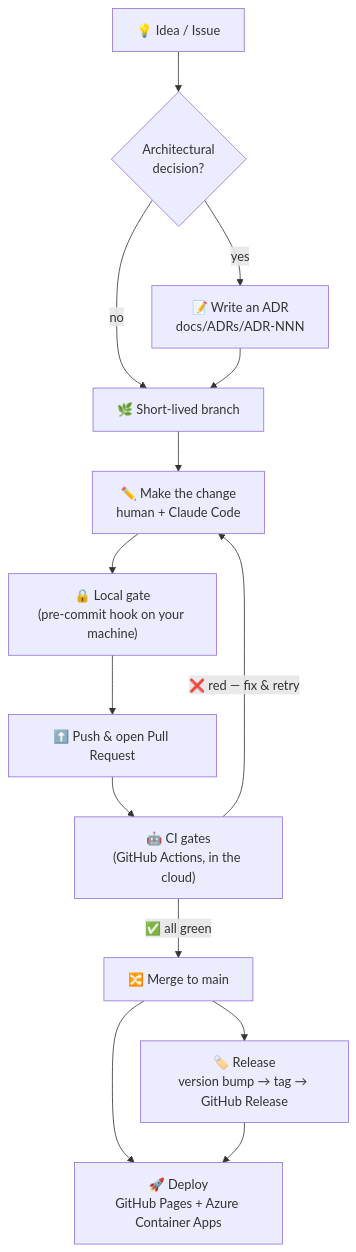
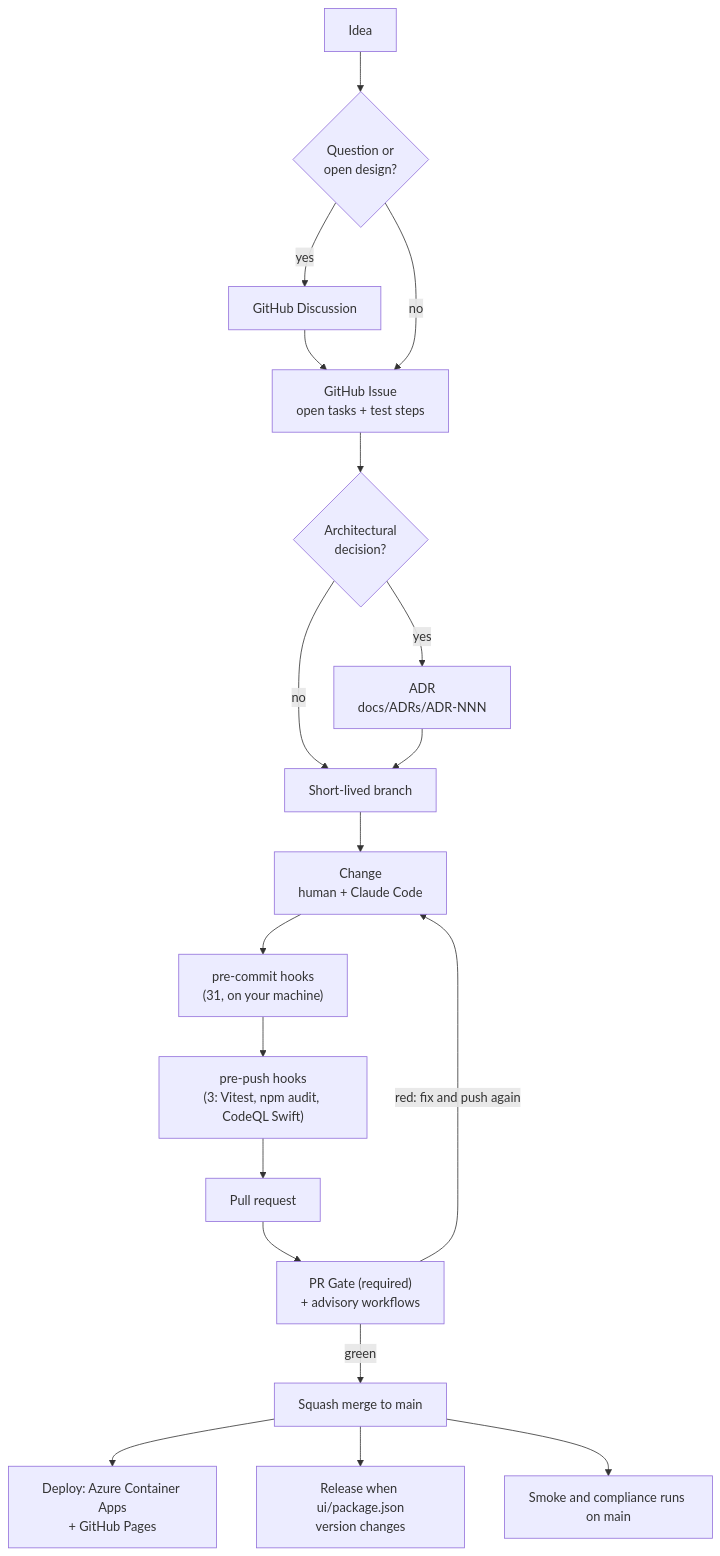
Before and after one commit to ma3u/MinimumViableHealthDataspacev2: the diagram in docs/SDLC.md, drawn with Mermaid. The commit also changed other lines of this file and 18 other files, not shown here.

````diff
--- a/docs/SDLC.md
+++ b/docs/SDLC.md
@@ -101,16 +65,21 @@
 ```mermaid
 flowchart TD
-    A["💡 Idea / Issue"] --> B{"Architectural<br/>decision?"}
-    B -- yes --> C["📝 Write an ADR<br/>docs/ADRs/ADR-NNN"]
-    B -- no --> D["🌿 Short-lived branch"]
+    A["Idea"] --> Q{"Question or<br/>open design?"}
+    Q -- yes --> DI["GitHub Discussion"]
+    DI --> I
+    Q -- no --> I["GitHub Issue<br/>open tasks + test steps"]
+    I --> B{"Architectural<br/>decision?"}
+    B -- yes --> C["ADR<br/>docs/ADRs/ADR-NNN"]
+    B -- no --> D["Short-lived branch"]
     C --> D
-    D --> E["✏️ Make the change<br/>human + Claude Code"]
-    E --> F["🔒 Local gate<br/>(pre-commit hook on your machine)"]
-    F --> G["⬆️ Push &amp; open Pull Request"]
-    G --> H["🤖 CI gates<br/>(GitHub Actions, in the cloud)"]
-    H -- "✅ all green" --> I["🔀 Merge to main"]
-    H -- "❌ red — fix &amp; retry" --> E
-    I --> J["🏷️ Release<br/>version bump → tag → GitHub Release"]
-    I --> K["🚀 Deploy<br/>GitHub Pages + Azure Container Apps"]
-    J --> K
+    D --> E["Change<br/>human + Claude Code"]
+    E --> F["pre-commit hooks<br/>(31, on your machine)"]
+    F --> P["pre-push hooks<br/>(3: Vitest, npm audit, CodeQL Swift)"]
+    P --> G["Pull request"]
+    G --> H["PR Gate (required)<br/>+ advisory workflows"]
+    H -- "red: fix and push again" --> E
+    H -- "green" --> M["Squash merge to main"]
+    M --> K["Deploy: Azure Container Apps<br/>+ GitHub Pages"]
+    M --> R["Release when ui/package.json<br/>version changes"]
+    M --> S["Smoke and compliance runs on main"]
 ```
````
